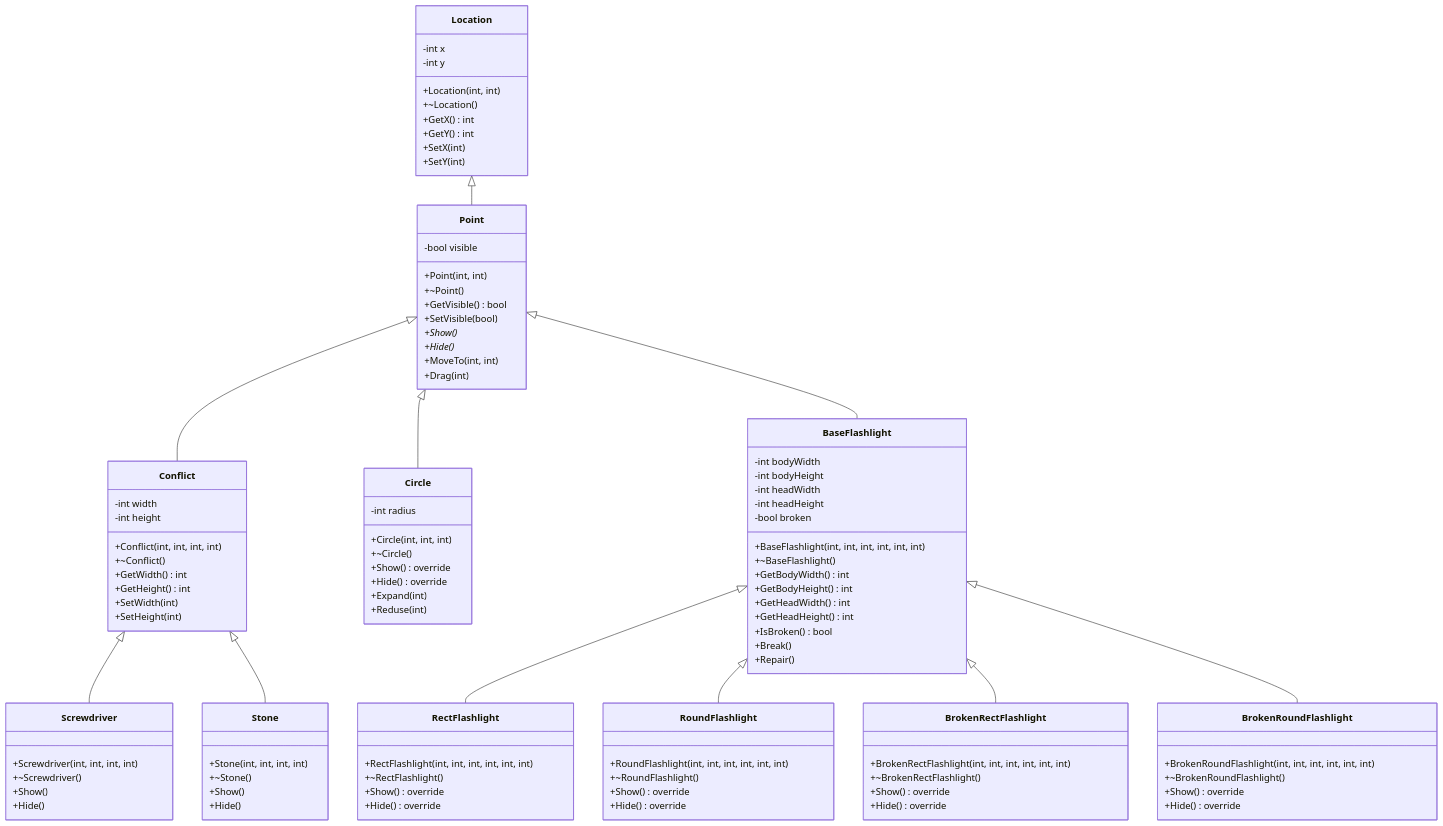
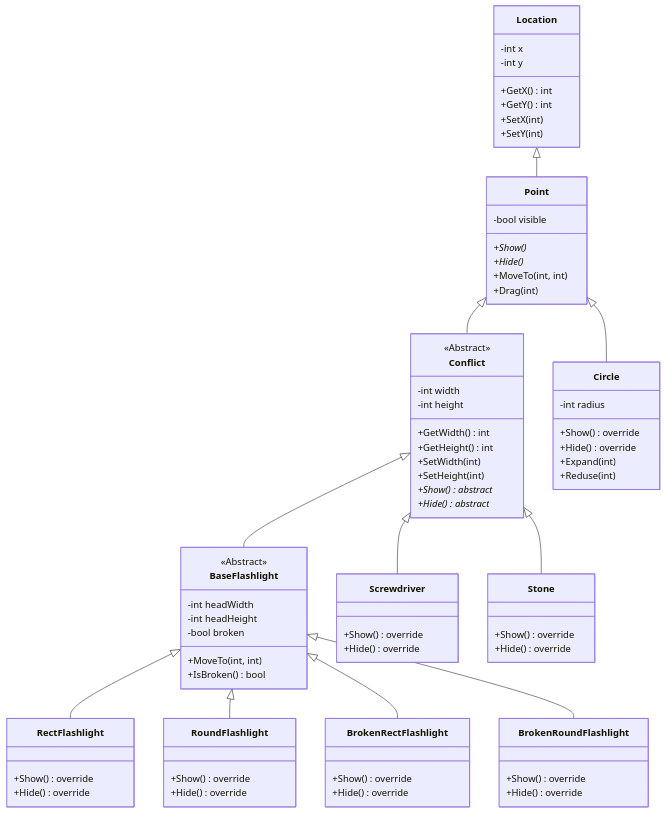
The diagram in 3SEM/Visual Stuadio 2017/PZ01/diagram.md (ZeroD1vision/Programming), drawn with Mermaid before and after one commit.

Commit message:
Сделана схема иерархии

````diff
--- a/3SEM/Visual Stuadio 2017/PZ01/diagram.md
+++ b/3SEM/Visual Stuadio 2017/PZ01/diagram.md
@@ -7,8 +7,6 @@
     class Location {
         -int x
         -int y
-        +Location(int, int)
-        +~Location()
         +GetX() int
         +GetY() int
         +SetX(int)
@@ -17,10 +15,6 @@
 
     class Point {
         -bool visible
-        +Point(int, int)
-        +~Point()
-        +GetVisible() bool
-        +SetVisible(bool)
         +Show()*
         +Hide()*
         +MoveTo(int, int)
@@ -28,96 +22,72 @@
     }
 
     class Conflict {
+        <<Abstract>>
         -int width
         -int height
-        +Conflict(int, int, int, int)
-        +~Conflict()
         +GetWidth() int
         +GetHeight() int
         +SetWidth(int)
         +SetHeight(int)
+        +Show()* abstract
+        +Hide()* abstract
+    }
+
+    class BaseFlashlight {
+        <<Abstract>>
+        -int headWidth
+        -int headHeight
+        -bool broken
+        +MoveTo(int, int)
+        +IsBroken() bool
     }
 
     class Circle {
         -int radius
-        +Circle(int, int, int)
-        +~Circle()
         +Show() override
         +Hide() override
         +Expand(int)
         +Reduse(int)
     }
 
-    class BaseFlashlight {
-        -int bodyWidth
-        -int bodyHeight
-        -int headWidth
-        -int headHeight
-        -bool broken
-        +BaseFlashlight(int, int, int, int, int, int)
-        +~BaseFlashlight()
-        +GetBodyWidth() int
-        +GetBodyHeight() int
-        +GetHeadWidth() int
-        +GetHeadHeight() int
-        +IsBroken() bool
-        +Break()
-        +Repair()
-    }
-
     class RectFlashlight {
-        +RectFlashlight(int, int, int, int, int, int)
-        +~RectFlashlight()
         +Show() override
         +Hide() override
     }
 
     class RoundFlashlight {
-        +RoundFlashlight(int, int, int, int, int, int)
-        +~RoundFlashlight()
         +Show() override
         +Hide() override
     }
 
     class BrokenRectFlashlight {
-        +BrokenRectFlashlight(int, int, int, int, int, int)
-        +~BrokenRectFlashlight()
         +Show() override
         +Hide() override
     }
 
     class BrokenRoundFlashlight {
-        +BrokenRoundFlashlight(int, int, int, int, int, int)
-        +~BrokenRoundFlashlight()
         +Show() override
         +Hide() override
     }
 
     class Screwdriver {
-        +Screwdriver(int, int, int, int)
-        +~Screwdriver()
-        +Show()
-        +Hide()
+        +Show() override
+        +Hide() override
     }
 
     class Stone {
-        +Stone(int, int, int, int)
-        +~Stone()
-        +Show()
-        +Hide()
+        +Show() override
+        +Hide() override
     }
 
     Location <|-- Point
+    Point <|-- Conflict
     Point <|-- Circle
-    Point <|-- Conflict
-    Point <|-- BaseFlashlight
-    
+    Conflict <|-- BaseFlashlight
     Conflict <|-- Screwdriver
     Conflict <|-- Stone
-    
     BaseFlashlight <|-- RectFlashlight
     BaseFlashlight <|-- RoundFlashlight
     BaseFlashlight <|-- BrokenRectFlashlight
     BaseFlashlight <|-- BrokenRoundFlashlight
-    
 ```
````
